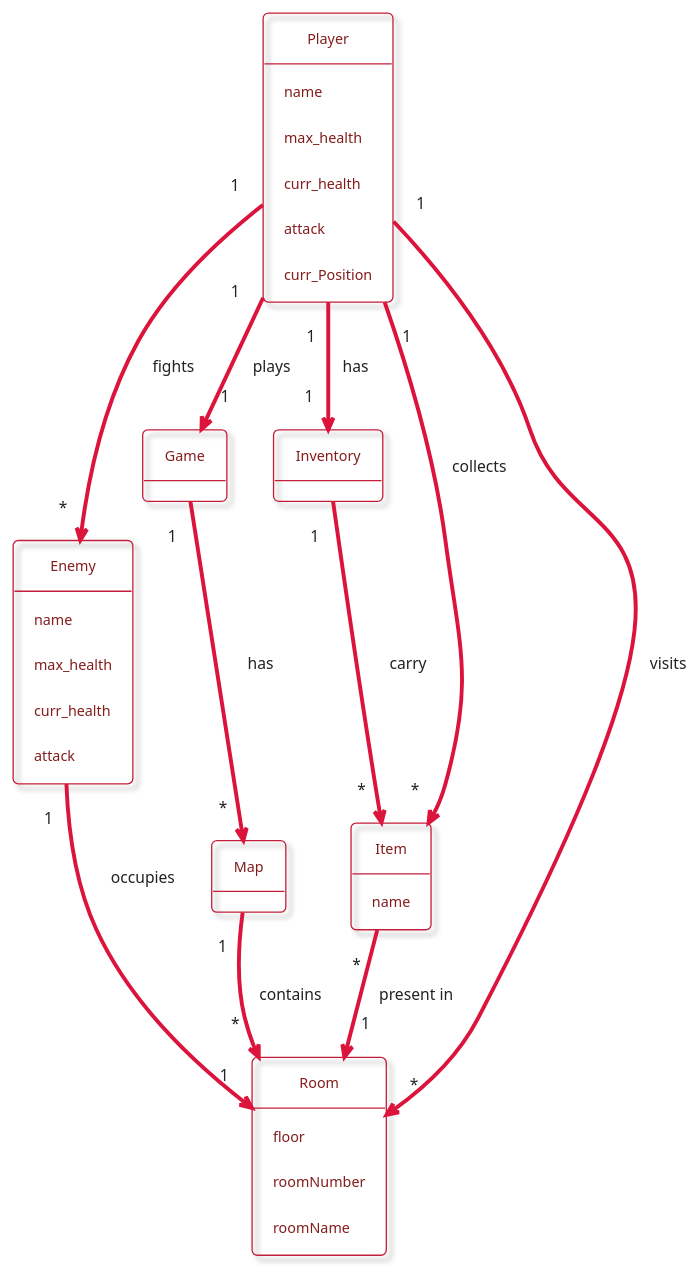
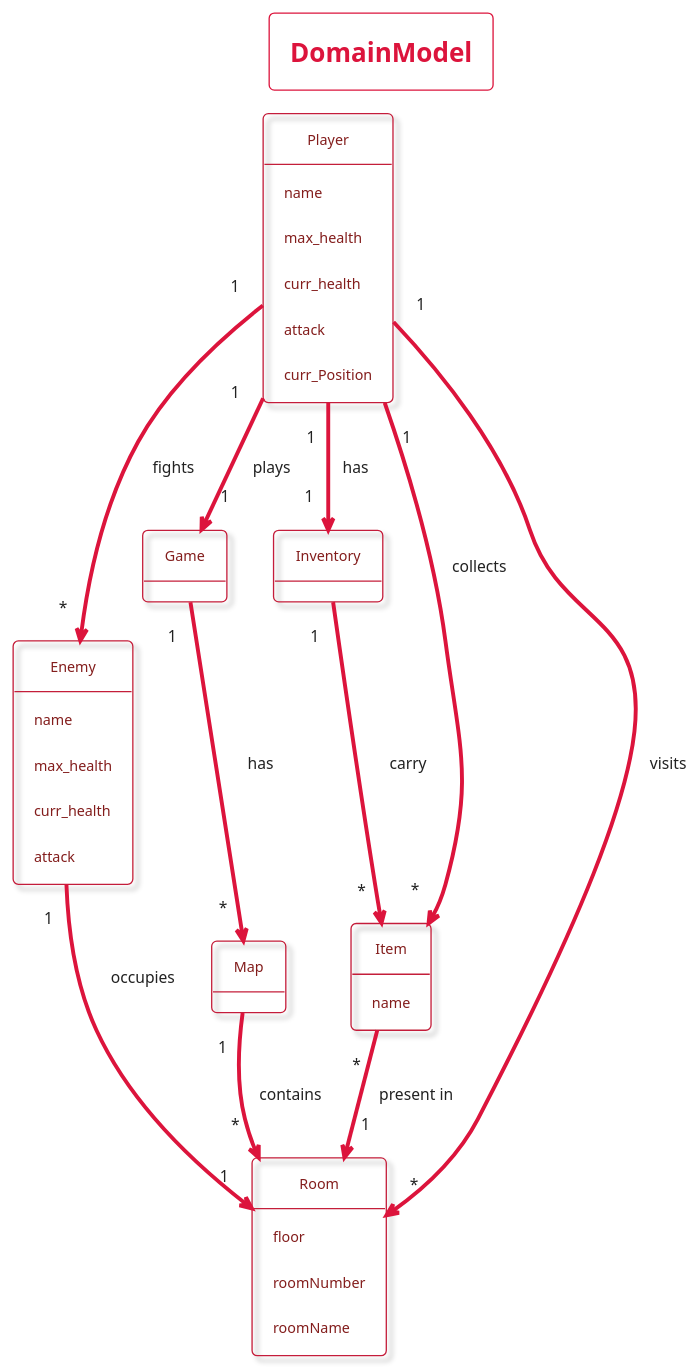
Before and after one commit to LimeiGuan/Text_Adventure_Game: the diagram in docs/uml/DomainModel.plantuml, drawn with PlantUML.

```diff
--- a/docs/uml/DomainModel.plantuml
+++ b/docs/uml/DomainModel.plantuml
@@ -1,54 +1,60 @@
 @startuml DomainModel
 
 !theme materia-outline
 
 skinparam ArrowColor #DC143C
+
 skinparam ObjectBorderColor #C41E3A
 skinparam ObjectFontColor #831D1C
+
+skinparam titleBorderColor #DC143C
+skinparam titleFontColor #DC143C
+
+title DomainModel
 
 object Player {
   name
   max_health
   curr_health
   attack
   curr_Position
   }
   
 object Enemy{
   name
   max_health
   curr_health
   attack
   }
 
 object Game
 
 object Inventory
 
 object Item {
   name
   }
 
 object Room {
   floor
   roomNumber
   roomName
   }
 
 object Map{
   }
 
 
 Player "1" --> "1" Game: plays
 Player "1" --> "*" Enemy: fights
 Player "1" --> "*" Room: visits
 Player "1" --> "1" Inventory: has
 Player "1" --> "*" Item: collects
 
 Game "1" --> "*" Map: has
 Item "*" --> "1" Room: present in
 Inventory "1" --> "*" Item: carry
 Map "1" --> "*" Room: contains
 Enemy "1" --> "1" Room: occupies
 
 @enduml
```
